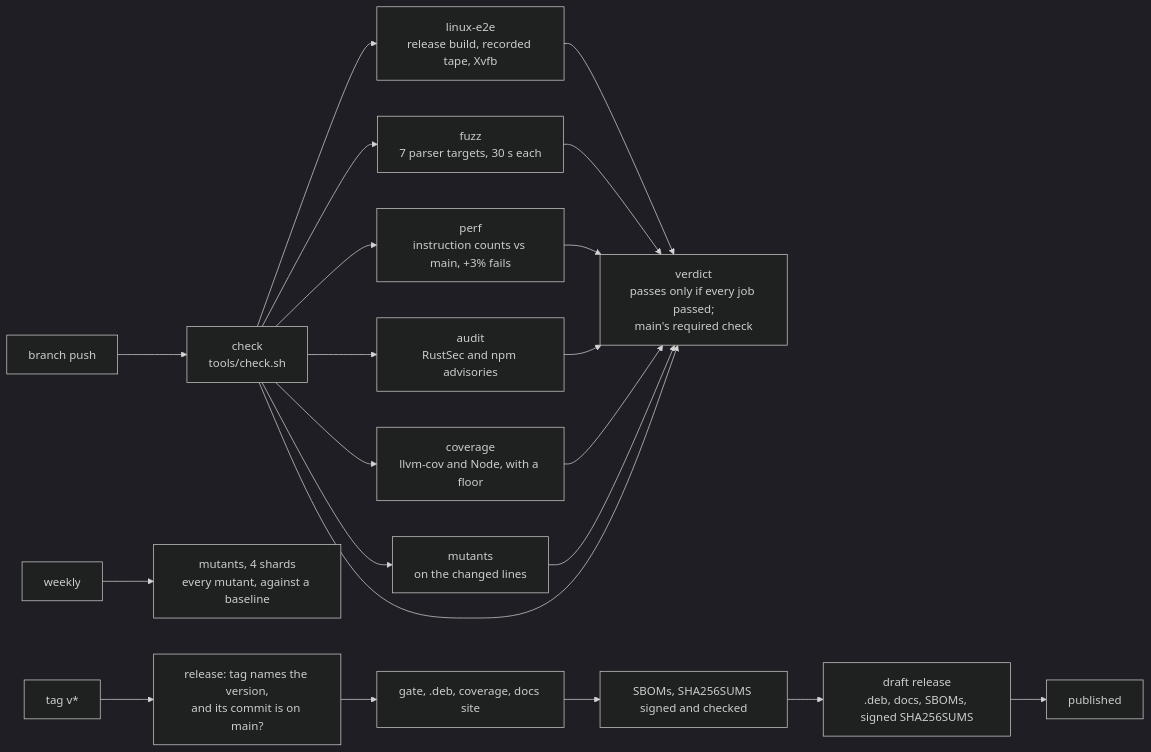
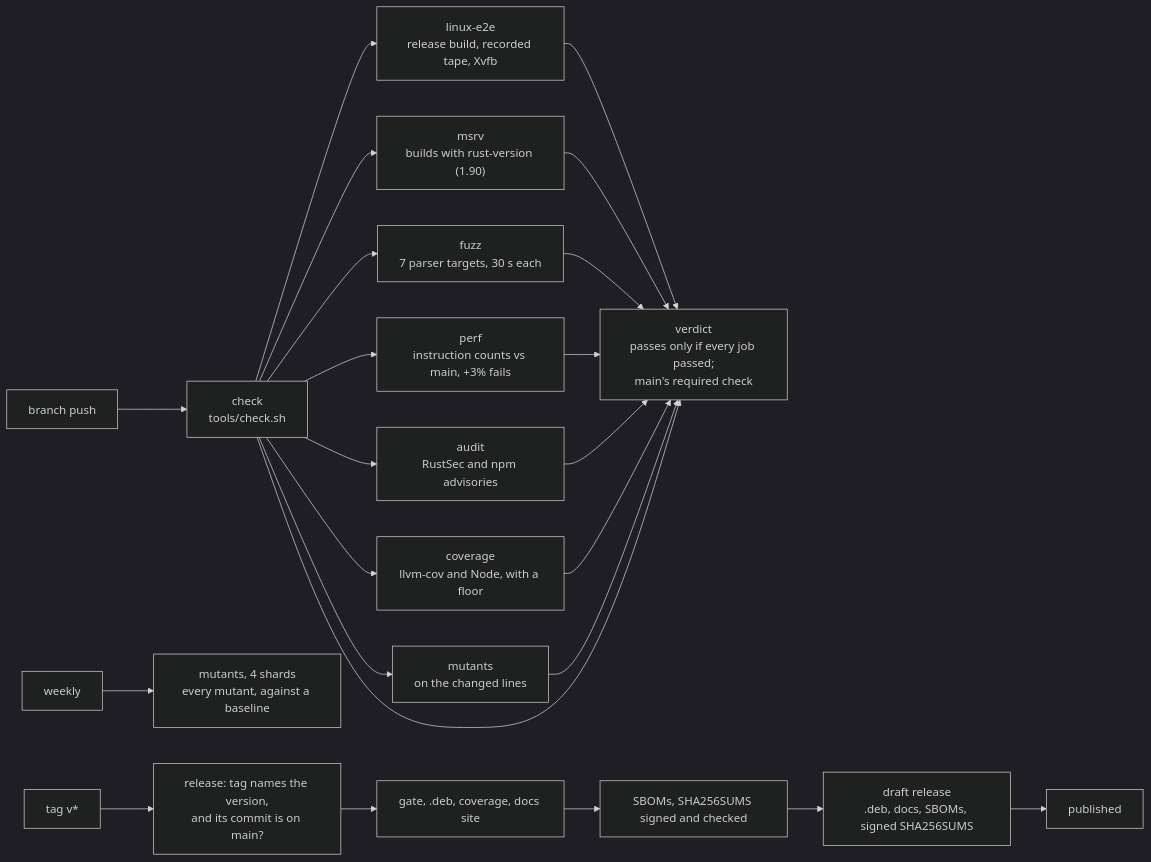
The diagram in book/src/testing.md (jake-king/maps-tauri), drawn with Mermaid (dark theme) before and after one commit. The commit also changed other lines of this file and 9 other files, not shown here.

First line of the commit message:
ci: prove the workspace builds with its rust-version (1.90)

````diff
--- a/book/src/testing.md
+++ b/book/src/testing.md
@@ -189,23 +206,25 @@
 ```mermaid
 flowchart LR
   push["branch push"] --> check["check<br/>tools/check.sh"]
   check --> e2e["linux-e2e<br/>release build, recorded tape, Xvfb"]
   check --> cov["coverage<br/>llvm-cov and Node, with a floor"]
   e2e --> verdict["verdict<br/>passes only if every job passed;<br/>main's required check"]
   check --> mut["mutants<br/>on the changed lines"]
   check --> audit["audit<br/>RustSec and npm advisories"]
   check --> fuzz["fuzz<br/>7 parser targets, 30 s each"]
   check --> perf["perf<br/>instruction counts vs main, +3% fails"]
+  check --> msrv["msrv<br/>builds with rust-version (1.90)"]
+  msrv --> verdict
   fuzz --> verdict
   perf --> verdict
   audit --> verdict
   cov --> verdict
   mut --> verdict
   check --> verdict
   week["weekly"] --> mfull["mutants, 4 shards<br/>every mutant, against a baseline"]
   tag["tag v*"] --> vcheck["release: tag names the version,<br/>and its commit is on main?"]
   vcheck --> rgate["gate, .deb, coverage, docs site"]
   rgate --> sign["SBOMs, SHA256SUMS signed and checked"]
   sign --> draft["draft release<br/>.deb, docs, SBOMs, signed SHA256SUMS"]
   draft --> pub["published"]
 ```
````
